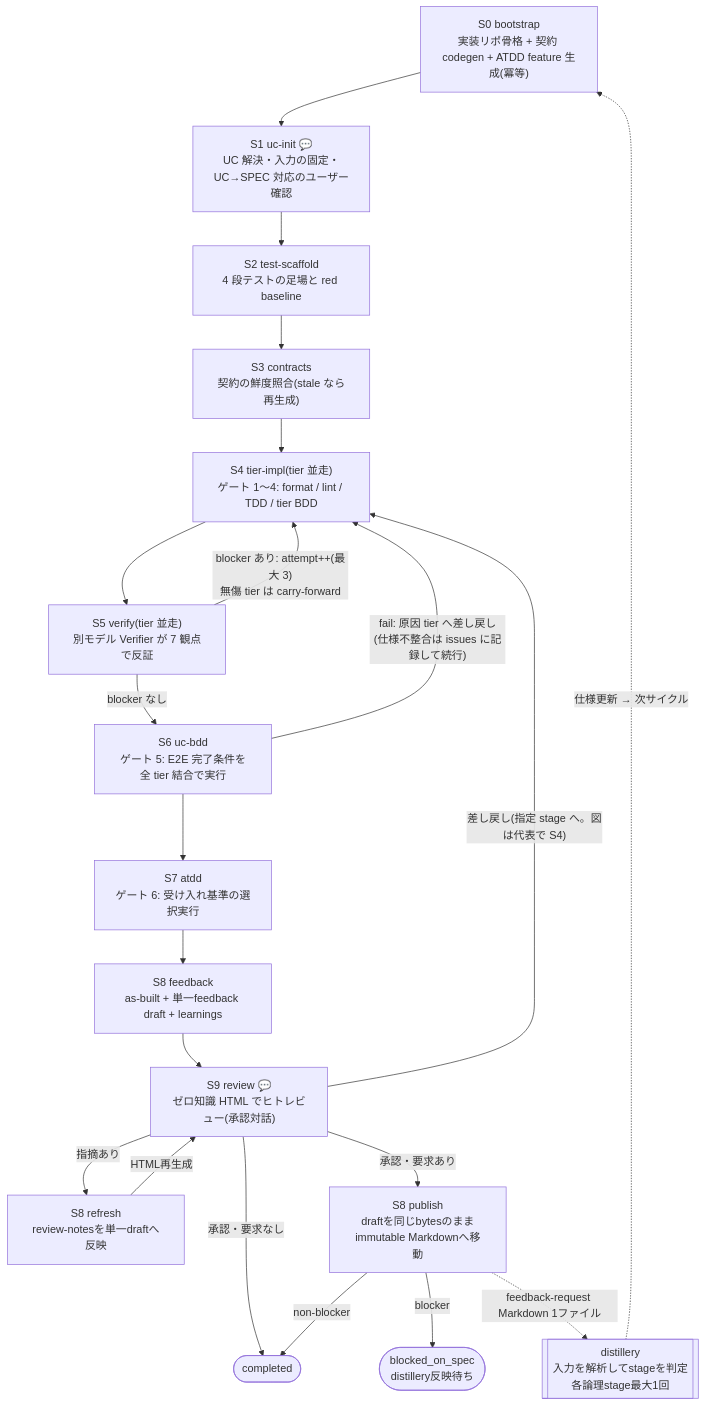
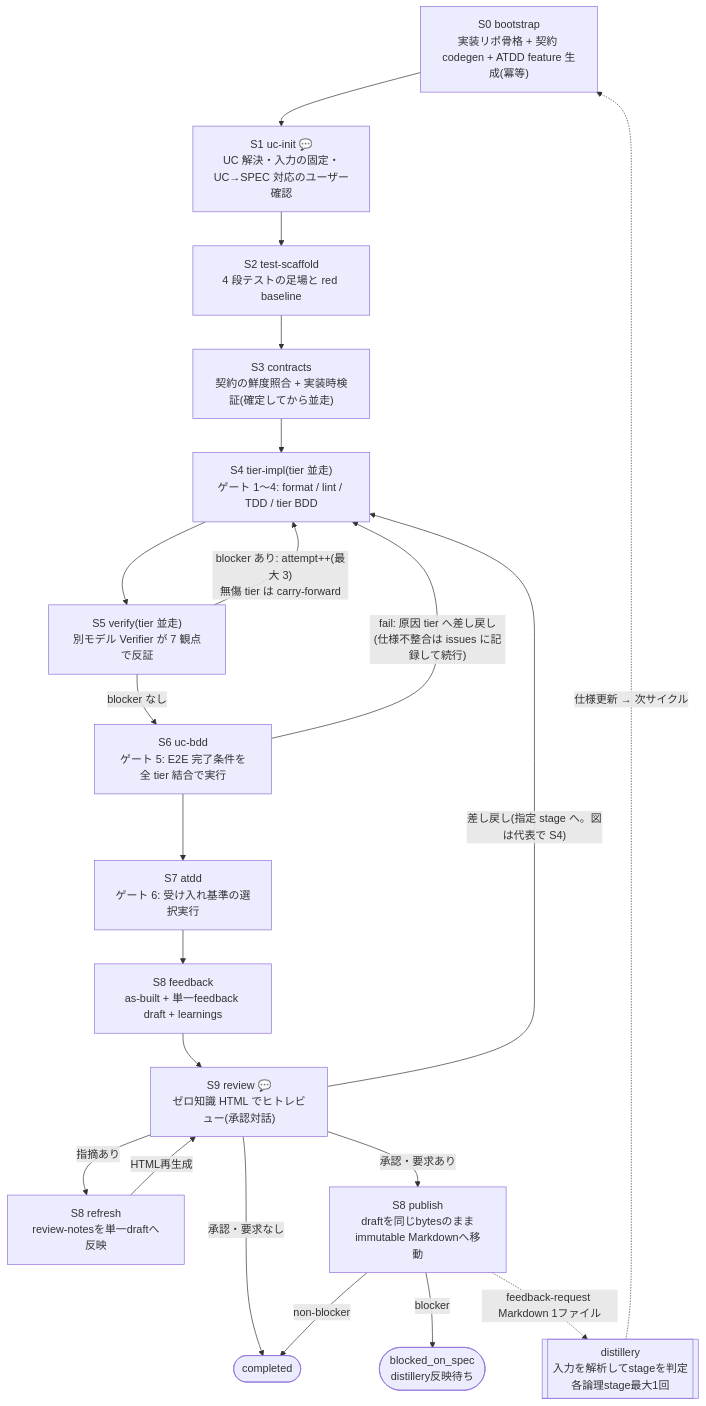
Before and after one commit to suwa-sh/suwa-sh-claude-plugins: the diagram in plugins/distillery-impl/README.md, drawn with Mermaid. The commit also changed other lines of this file and 14 other files, not shown here.

````diff
--- a/plugins/distillery-impl/README.md
+++ b/plugins/distillery-impl/README.md
@@ -23,33 +25,33 @@
 ```mermaid
 flowchart TD
     S0["S0 bootstrap<br/>実装リポ骨格 + 契約 codegen + ATDD feature 生成(冪等)"]
     S1["S1 uc-init 💬<br/>UC 解決・入力の固定・UC→SPEC 対応のユーザー確認"]
     S2["S2 test-scaffold<br/>4 段テストの足場と red baseline"]
-    S3["S3 contracts<br/>契約の鮮度照合(stale なら再生成)"]
+    S3["S3 contracts<br/>契約の鮮度照合 + 実装時検証(確定してから並走)"]
     S4["S4 tier-impl(tier 並走)<br/>ゲート 1〜4: format / lint / TDD / tier BDD"]
     S5["S5 verify(tier 並走)<br/>別モデル Verifier が 7 観点で反証"]
     S6["S6 uc-bdd<br/>ゲート 5: E2E 完了条件を全 tier 結合で実行"]
     S7["S7 atdd<br/>ゲート 6: 受け入れ基準の選択実行"]
     S8["S8 feedback<br/>as-built + 単一feedback draft + learnings"]
     S9["S9 review 💬<br/>ゼロ知識 HTML でヒトレビュー(承認対話)"]
     REFRESH["S8 refresh<br/>review-notesを単一draftへ反映"]
     PUBLISH["S8 publish<br/>draftを同じbytesのまま<br/>immutable Markdownへ移動"]
     DONE(["completed"])
     BLOCKED(["blocked_on_spec<br/>distillery反映待ち"])
     DIST[["distillery<br/>入力を解析してstageを判定<br/>各論理stage最大1回"]]
 
     S0 --> S1 --> S2 --> S3 --> S4 --> S5
     S5 -->|"blocker あり: attempt++(最大 3)<br/>無傷 tier は carry-forward"| S4
     S5 -->|blocker なし| S6
     S6 -->|"fail: 原因 tier へ差し戻し<br/>(仕様不整合は issues に記録して続行)"| S4
     S6 --> S7 --> S8 --> S9
     S9 -->|"差し戻し(指定 stage へ。図は代表で S4)"| S4
     S9 -->|"承認・要求なし"| DONE
     S9 -->|"承認・要求あり"| PUBLISH
     S9 -->|"指摘あり"| REFRESH
     REFRESH -->|"HTML再生成"| S9
     PUBLISH -->|"non-blocker"| DONE
     PUBLISH -->|"blocker"| BLOCKED
     PUBLISH -.->|feedback-request Markdown 1ファイル| DIST
     DIST -.->|仕様更新 → 次サイクル| S0
 ```
````
